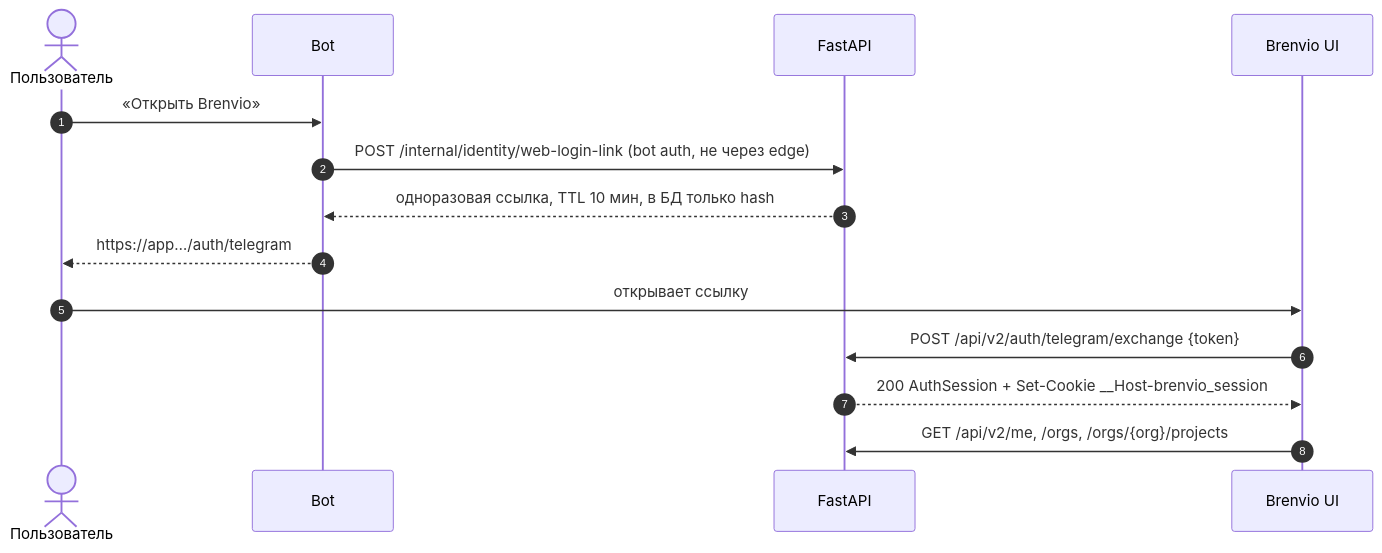
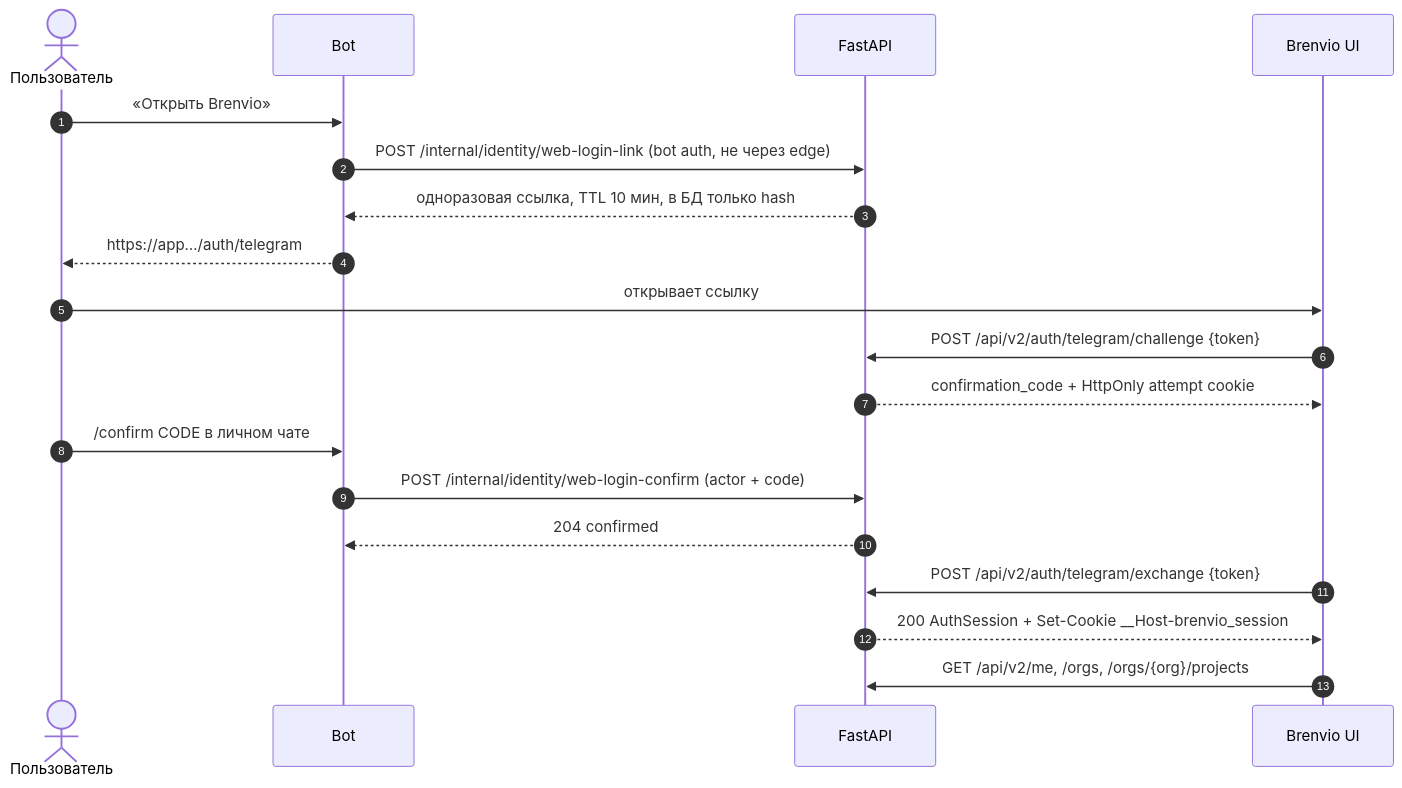
The second of 3 diagrams in docs/api/README.md (Pickle-Pee/smm_ai_helper_web), drawn with Mermaid before and after one commit. The commit also changed other lines of this file and 9 other files, not shown here.

Commit message:
docs(auth): publish confirmed browser login contract and fixtures

````diff
--- a/docs/api/README.md
+++ b/docs/api/README.md
@@ -178,16 +178,21 @@
 ```mermaid
 sequenceDiagram
   autonumber
   actor U as Пользователь
   participant B as Bot
   participant V as FastAPI
   participant UI as Brenvio UI
   U->>B: «Открыть Brenvio»
   B->>V: POST /internal/identity/web-login-link (bot auth, не через edge)
   V-->>B: одноразовая ссылка, TTL 10 мин, в БД только hash
   B-->>U: https://app…/auth/telegram#t=<token>
   U->>UI: открывает ссылку
+  UI->>V: POST /api/v2/auth/telegram/challenge {token}
+  V-->>UI: confirmation_code + HttpOnly attempt cookie
+  U->>B: /confirm CODE в личном чате
+  B->>V: POST /internal/identity/web-login-confirm (actor + code)
+  V-->>B: 204 confirmed
   UI->>V: POST /api/v2/auth/telegram/exchange {token}
   V-->>UI: 200 AuthSession + Set-Cookie __Host-brenvio_session
   UI->>V: GET /api/v2/me, /orgs, /orgs/{org}/projects
 ```
````
